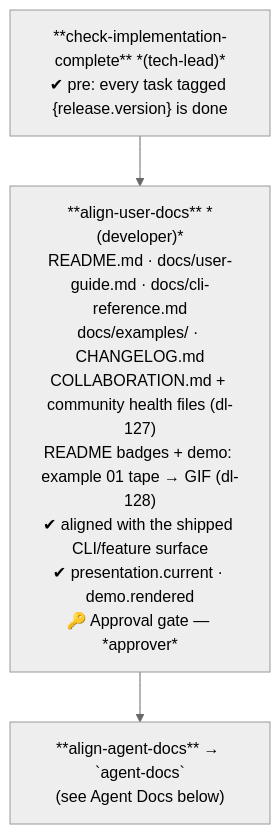
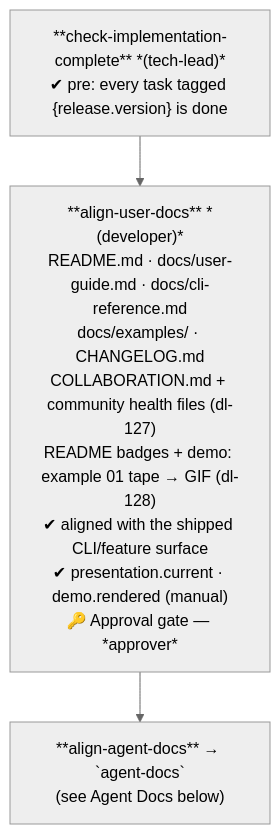
One commit to wingfoil/wingfoil changed diagram 11 of 28 in .wingfoil/WORKFLOW.md. Above: the diagram before and after it, drawn with Mermaid (neutral theme).

Commit message:
docs(workflow): task-224 — WORKFLOW.md marks align-user-docs' demo.rendered check manual
AI-Model: claude-opus-5-5

````diff
--- a/.wingfoil/WORKFLOW.md
+++ b/.wingfoil/WORKFLOW.md
@@ -310,8 +310,8 @@
 ```mermaid
 flowchart TD
     CI["**check-implementation-complete** *(tech-lead)*\n✔ pre: every task tagged {release.version} is done"]
-    AU["**align-user-docs** *(developer)*\nREADME.md · docs/user-guide.md · docs/cli-reference.md\ndocs/examples/ · CHANGELOG.md\nCOLLABORATION.md + community health files (dl-127)\nREADME badges + demo: example 01 tape → GIF (dl-128)\n✔ aligned with the shipped CLI/feature surface\n✔ presentation.current · demo.rendered\n🔑 Approval gate — *approver*"]
+    AU["**align-user-docs** *(developer)*\nREADME.md · docs/user-guide.md · docs/cli-reference.md\ndocs/examples/ · CHANGELOG.md\nCOLLABORATION.md + community health files (dl-127)\nREADME badges + demo: example 01 tape → GIF (dl-128)\n✔ aligned with the shipped CLI/feature surface\n✔ presentation.current · demo.rendered (manual)\n🔑 Approval gate — *approver*"]
     AA["**align-agent-docs** → `agent-docs`\n(see Agent Docs below)"]
 
     CI --> AU --> AA
 ```
````
